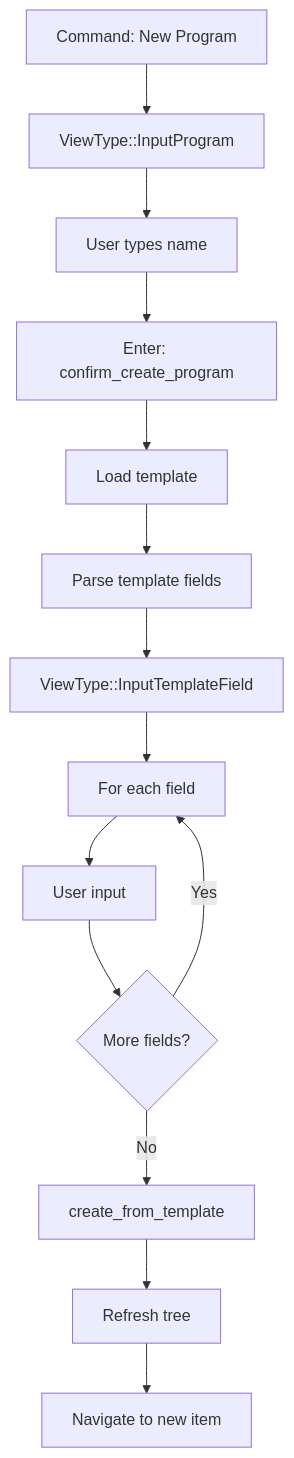
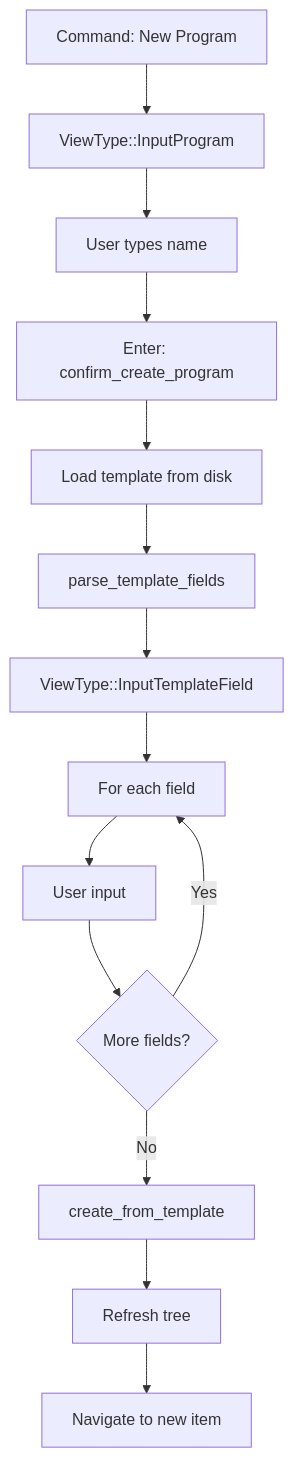
The second of 2 diagrams in DESIGN.md (tayspen72/chronicle), drawn with Mermaid before and after one commit. The commit also changed other lines of this file, not shown here.

````diff
--- a/DESIGN.md
+++ b/DESIGN.md
@@ -175,16 +273,16 @@
 ```mermaid
 graph TD
     A[Command: New Program] --> B[ViewType::InputProgram]
     B --> C[User types name]
     C --> D[Enter: confirm_create_program]
-    D --> E[Load template]
-    E --> F[Parse template fields]
+    D --> E[Load template from disk]
+    E --> F[parse_template_fields]
     F --> G[ViewType::InputTemplateField]
     G --> H[For each field]
     H --> I[User input]
     I --> J{More fields?}
     J -->|Yes| H
     J -->|No| K[create_from_template]
     K --> L[Refresh tree]
     L --> M[Navigate to new item]
 ```
````
